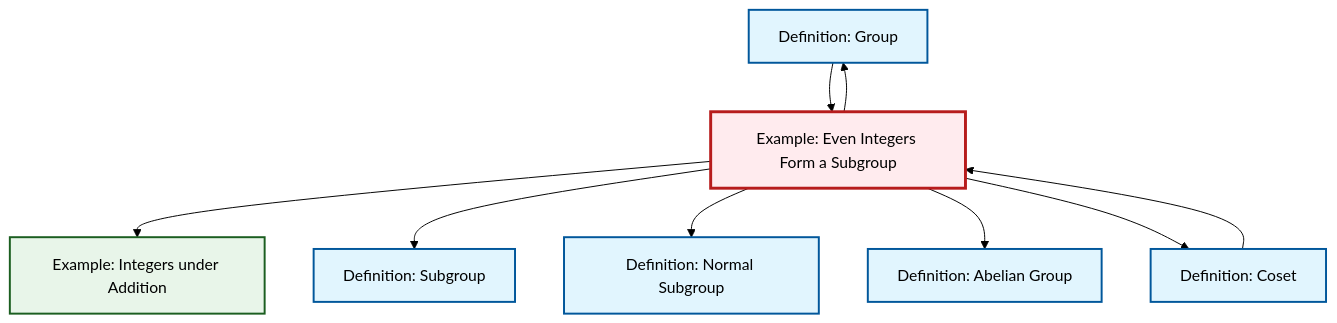
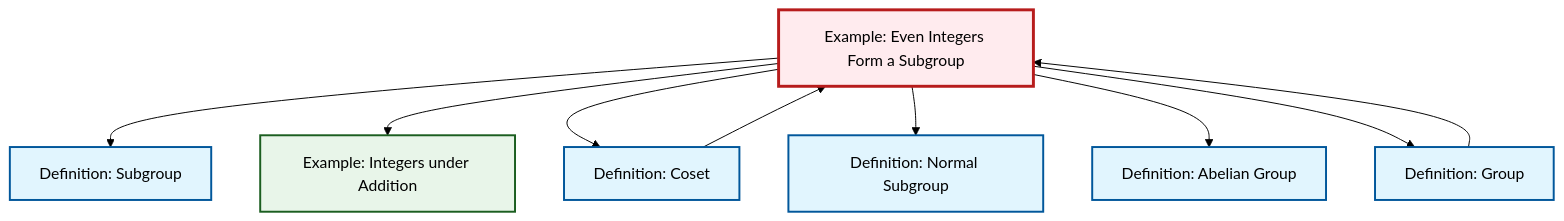
Before and after one commit to RK0429/ModernMath: the diagram in content/en/algebra/ex-even-integers-subgroup.qmd, drawn with Mermaid (forest theme). The commit also changed other lines of this file and 654 other files, not shown here.

````diff
--- a/content/en/algebra/ex-even-integers-subgroup.qmd
+++ b/content/en/algebra/ex-even-integers-subgroup.qmd
@@ -51,31 +51,31 @@
 ```{mermaid}
 %%| fig-cap: "Local dependency graph"
 graph TD
     classDef definition fill:#e1f5fe,stroke:#01579b,stroke-width:2px
     classDef theorem fill:#f3e5f5,stroke:#4a148c,stroke-width:2px
     classDef axiom fill:#fff3e0,stroke:#e65100,stroke-width:2px
     classDef example fill:#e8f5e9,stroke:#1b5e20,stroke-width:2px
     classDef current fill:#ffebee,stroke:#b71c1c,stroke-width:3px
-    def-group["Definition: Group"]:::definition
-    def-abelian-group["Definition: Abelian Group"]:::definition
-    def-subgroup["Definition: Subgroup"]:::definition
-    def-normal-subgroup["Definition: Normal Subgroup"]:::definition
     ex-even-integers-subgroup["Example: Even Integers Form a Subgroup"]:::example
     def-coset["Definition: Coset"]:::definition
     ex-integers-addition["Example: Integers under Addition"]:::example
+    def-group["Definition: Group"]:::definition
+    def-subgroup["Definition: Subgroup"]:::definition
+    def-normal-subgroup["Definition: Normal Subgroup"]:::definition
+    def-abelian-group["Definition: Abelian Group"]:::definition
+    def-group --> ex-even-integers-subgroup
+    def-coset --> ex-even-integers-subgroup
+    ex-even-integers-subgroup --> def-subgroup
     ex-even-integers-subgroup --> ex-integers-addition
-    ex-even-integers-subgroup --> def-subgroup
-    def-coset --> ex-even-integers-subgroup
+    ex-even-integers-subgroup --> def-coset
     ex-even-integers-subgroup --> def-normal-subgroup
-    def-group --> ex-even-integers-subgroup
     ex-even-integers-subgroup --> def-abelian-group
-    ex-even-integers-subgroup --> def-coset
     ex-even-integers-subgroup --> def-group
     class ex-even-integers-subgroup current
+    click def-coset "def-coset.html" "Go to Coset definition"
+    click ex-integers-addition "ex-integers-addition.html" "Go to Integers under Addition example"
     click def-group "def-group.html" "Go to Group definition"
-    click def-abelian-group "def-abelian-group.html" "Go to Abelian Group definition"
     click def-subgroup "def-subgroup.html" "Go to Subgroup definition"
     click def-normal-subgroup "def-normal-subgroup.html" "Go to Normal Subgroup definition"
-    click def-coset "def-coset.html" "Go to Coset definition"
-    click ex-integers-addition "ex-integers-addition.html" "Go to Integers under Addition example"
+    click def-abelian-group "def-abelian-group.html" "Go to Abelian Group definition"
 ```
````
